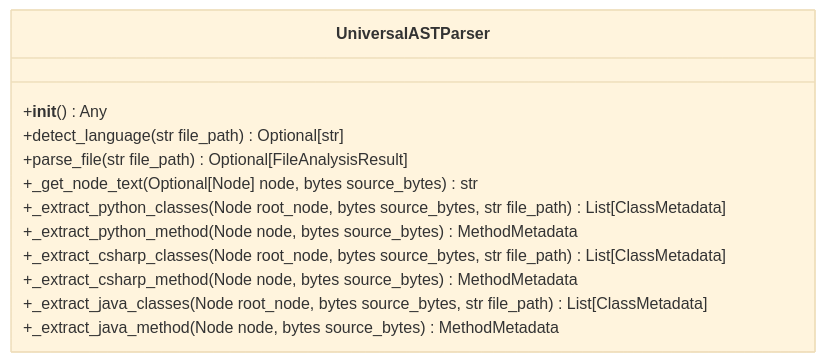
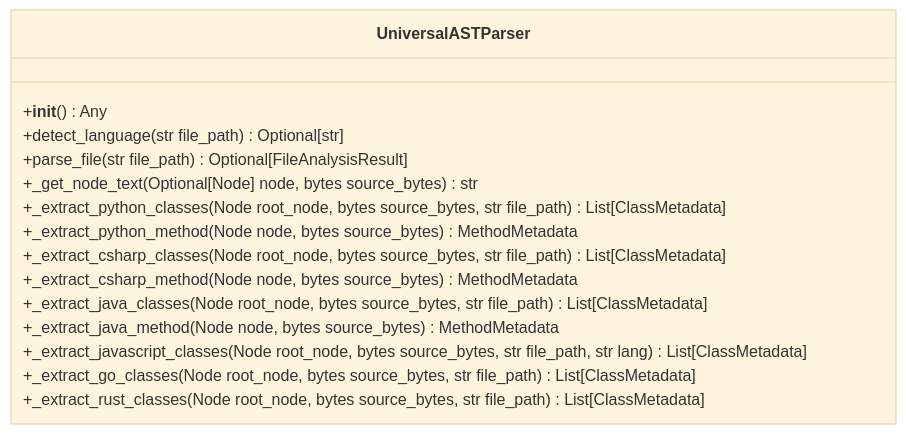
The diagram in docs/architecture/Python/UniversalASTParser.md (jerry-fab/Doc-Gen-Pipeline), drawn with Mermaid (base theme) before and after one commit. The commit also changed other lines of this file and 3 other files, not shown here.

Commit message:
docs: auto-update class architecture documentation [skip ci]

````diff
--- a/docs/architecture/Python/UniversalASTParser.md
+++ b/docs/architecture/Python/UniversalASTParser.md
@@ -9,15 +9,18 @@
 ```mermaid
 classDiagram
     class UniversalASTParser {
         +__init__() Any
         +detect_language(str file_path) Optional[str]
         +parse_file(str file_path) Optional[FileAnalysisResult]
         +_get_node_text(Optional[Node] node, bytes source_bytes) str
         +_extract_python_classes(Node root_node, bytes source_bytes, str file_path) List[ClassMetadata]
         +_extract_python_method(Node node, bytes source_bytes) MethodMetadata
         +_extract_csharp_classes(Node root_node, bytes source_bytes, str file_path) List[ClassMetadata]
         +_extract_csharp_method(Node node, bytes source_bytes) MethodMetadata
         +_extract_java_classes(Node root_node, bytes source_bytes, str file_path) List[ClassMetadata]
         +_extract_java_method(Node node, bytes source_bytes) MethodMetadata
+        +_extract_javascript_classes(Node root_node, bytes source_bytes, str file_path, str lang) List[ClassMetadata]
+        +_extract_go_classes(Node root_node, bytes source_bytes, str file_path) List[ClassMetadata]
+        +_extract_rust_classes(Node root_node, bytes source_bytes, str file_path) List[ClassMetadata]
     }
 ```
````
